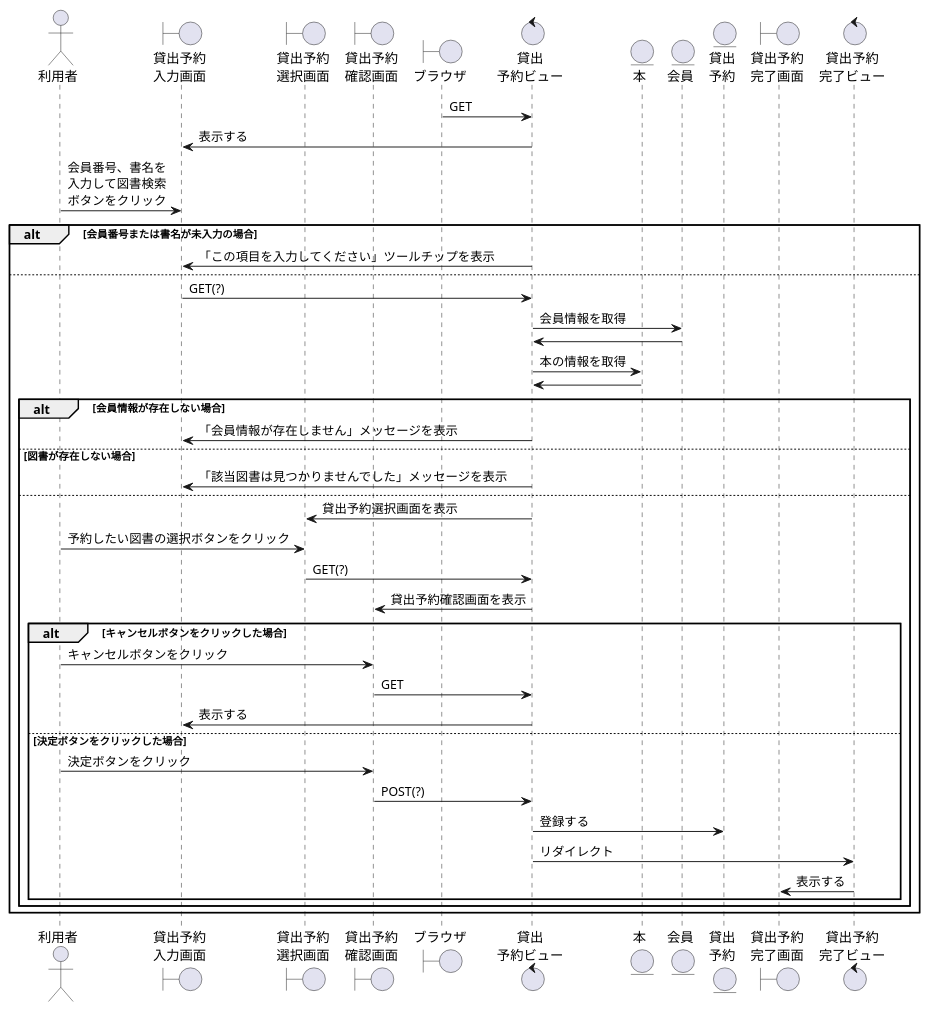
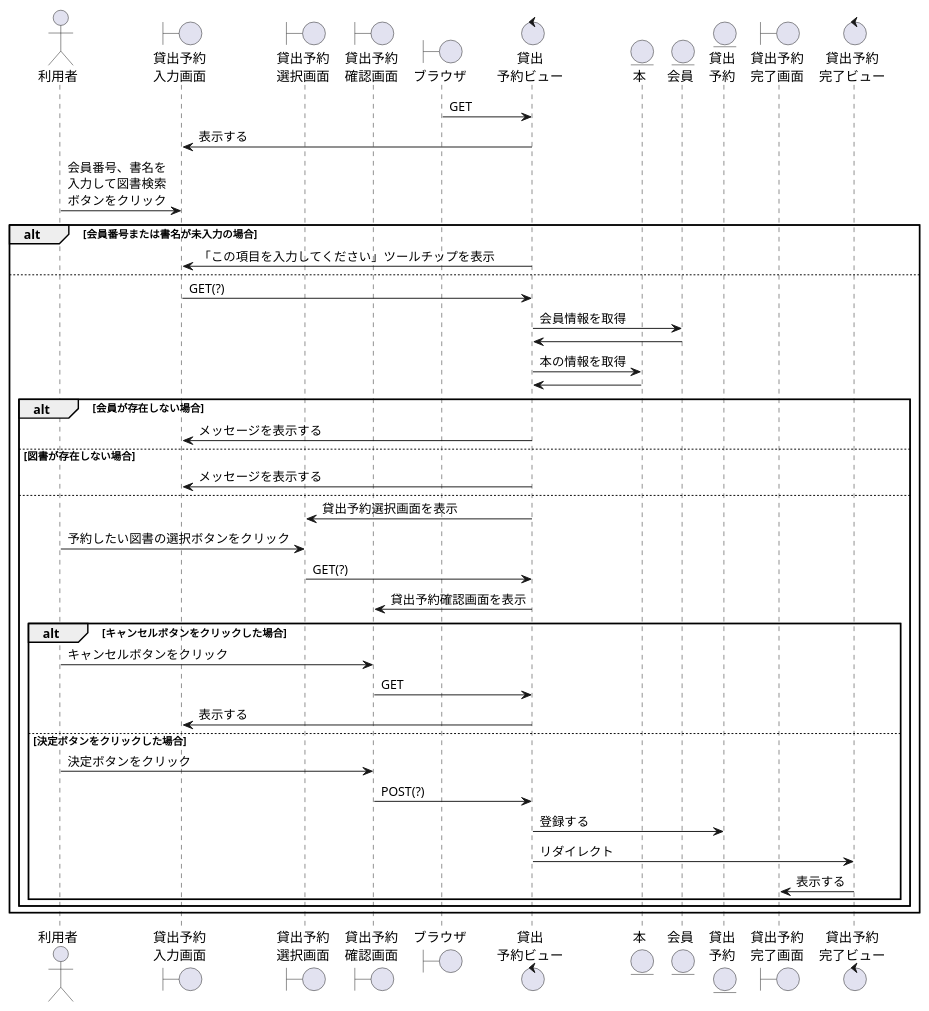
Before and after one commit to ysyk-wtnb16/team_D: the diagram in 効果測定/貸出予約.wsd, drawn with PlantUML. The commit also changed 3 other files, not shown here.

```diff
--- a/効果測定/貸出予約.wsd
+++ b/効果測定/貸出予約.wsd
@@ -1,50 +1,50 @@
 @startuml KY
 
 actor "利用者" as user
 boundary "貸出予約\n入力画面" as KYKs
 boundary "貸出予約\n選択画面" as KYs
 boundary "貸出予約\n確認画面" as KYChecks
 boundary "ブラウザ" as brz
 control "貸出\n予約ビュー" as KYv
 entity "本" as book
 entity "会員" as member
 entity "貸出\n予約" as KY
 boundary "貸出予約\n完了画面" as KYOKs
 control "貸出予約\n完了ビュー" as KYOKv
 
 brz -> KYv: GET
 KYKs <- KYv: 表示する
 
 user -> KYKs: 会員番号、書名を\n入力して図書検索\nボタンをクリック
 alt 会員番号または書名が未入力の場合
     KYKs <- KYv: 「この項目を入力してください」ツールチップを表示
 else 
     KYKs -> KYv: GET(?)
     KYv -> member: 会員情報を取得
     KYv <- member
     KYv -> book: 本の情報を取得
     KYv <- book
-    alt 会員情報が存在しない場合
-        KYKs <- KYv: 「会員情報が存在しません」メッセージを表示
+    alt 会員が存在しない場合
+        KYKs <- KYv: メッセージを表示する
     else 図書が存在しない場合
-        KYKs <- KYv: 「該当図書は見つかりませんでした」メッセージを表示
+        KYKs <- KYv: メッセージを表示する
     else 
         KYs <- KYv: 貸出予約選択画面を表示
         user -> KYs: 予約したい図書の選択ボタンをクリック
         KYs -> KYv: GET(?)
         KYChecks <- KYv: 貸出予約確認画面を表示
         alt キャンセルボタンをクリックした場合
             user -> KYChecks: キャンセルボタンをクリック
             KYChecks -> KYv:GET
             KYKs <- KYv:表示する
         else 決定ボタンをクリックした場合
             user -> KYChecks: 決定ボタンをクリック
             KYChecks -> KYv: POST(?)
             KYv -> KY: 登録する
             KYv -> KYOKv: リダイレクト
             KYOKs <- KYOKv: 表示する
         end    
     end
 end
 
 @enduml
```
